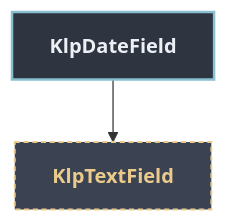
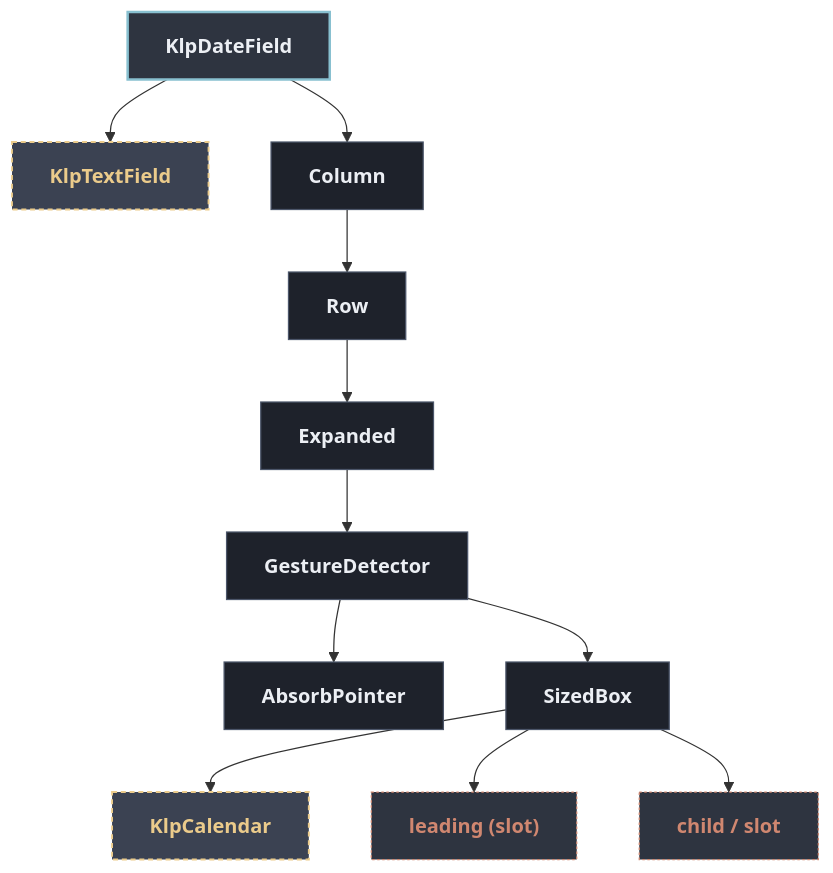
Before and after one commit to MiuDog/Kallopis: the diagram in docs/architecture/components/form/klp_date_field.md, drawn with Mermaid. The commit also changed other lines of this file and 123 other files, not shown here.

First line of the commit message:
docs(architecture): regenerate per-component trees, unbreak the generator

````diff
--- a/docs/architecture/components/form/klp_date_field.md
+++ b/docs/architecture/components/form/klp_date_field.md
@@ -13,12 +13,30 @@
 ```mermaid
 flowchart TD
   classDef default fill:#1E222B,stroke:#4C566A,stroke-width:1px,color:#ECEFF4;
   classDef root fill:#2E3440,stroke:#88C0D0,stroke-width:2px,color:#ECEFF4,font-weight:bold;
   classDef reference fill:#3B4252,stroke:#EBCB8B,stroke-width:1.5px,stroke-dasharray: 4 3,color:#EBCB8B;
   classDef container fill:#2E3440,stroke:#A3BE8C,stroke-width:1.5px,color:#A3BE8C;
   classDef slot fill:#2E3440,stroke:#D08770,stroke-width:1px,stroke-dasharray: 2 2,color:#D08770;
 
   root["KlpDateField"]:::root
   n1["KlpTextField"]:::reference
   root --> n1
+  n2["Column"]
+  root --> n2
+  n3["Row"]
+  n2 --> n3
+  n4["Expanded"]
+  n3 --> n4
+  n5["GestureDetector"]
+  n4 --> n5
+  n6["AbsorbPointer"]
+  n5 --> n6
+  n7["SizedBox"]
+  n5 --> n7
+  n8["KlpCalendar"]:::reference
+  n7 --> n8
+  n9["leading (slot)"]:::slot
+  n7 --> n9
+  n10["child / slot"]:::slot
+  n7 --> n10
 ```
````
